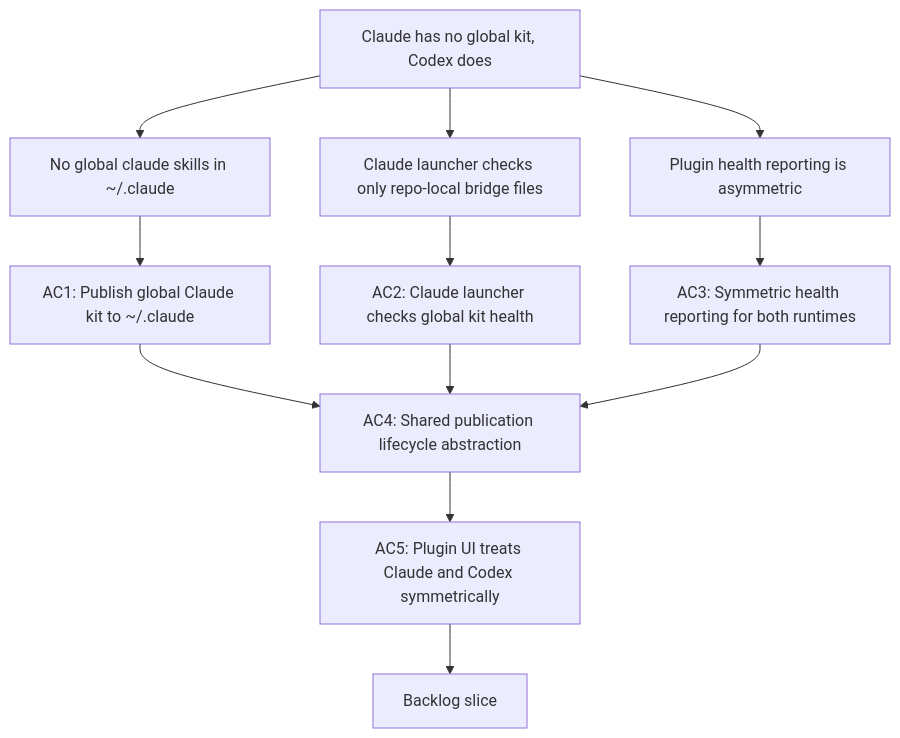
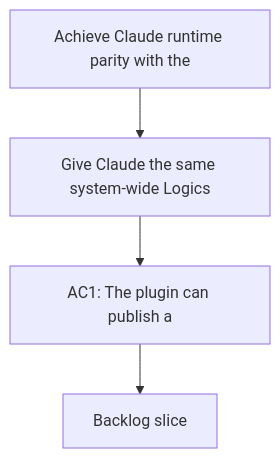
One commit to AlexAgo83/logics-manager changed the diagram in logics/request/req_126_achieve_claude_runtime_parity_with_the_codex_overlay_and_launcher_model.md. Above: the diagram before and after it, drawn with Mermaid. The commit also changed other lines of this file and 481 other files, not shown here.

````diff
--- a/logics/request/req_126_achieve_claude_runtime_parity_with_the_codex_overlay_and_launcher_model.md
+++ b/logics/request/req_126_achieve_claude_runtime_parity_with_the_codex_overlay_and_launcher_model.md
@@ -38,16 +41,8 @@
 ```mermaid
 %% logics-kind: request
 %% logics-signature: request|achieve-claude-runtime-parity-with-the-c|give-claude-the-same-system-wide-logics|ac1-the-plugin-can-publish-a
 flowchart TD
-    Gap[Claude has no global kit, Codex does] --> G1[No global claude skills in ~/.claude]
-    Gap --> G2[Claude launcher checks only repo-local bridge files]
-    Gap --> G3[Plugin health reporting is asymmetric]
-    G1 --> AC1[AC1: Publish global Claude kit to ~/.claude]
-    G2 --> AC2[AC2: Claude launcher checks global kit health]
-    G3 --> AC3[AC3: Symmetric health reporting for both runtimes]
-    AC1 --> AC4[AC4: Shared publication lifecycle abstraction]
-    AC2 --> AC4
-    AC3 --> AC4
-    AC4 --> AC5[AC5: Plugin UI treats Claude and Codex symmetrically]
-    AC5 --> Backlog[Backlog slice]
+    Trigger[Achieve Claude runtime parity with the] --> Need[Give Claude the same system-wide Logics]
+    Need --> Outcome[AC1: The plugin can publish a]
+    Outcome --> Backlog[Backlog slice]
 ```
````
